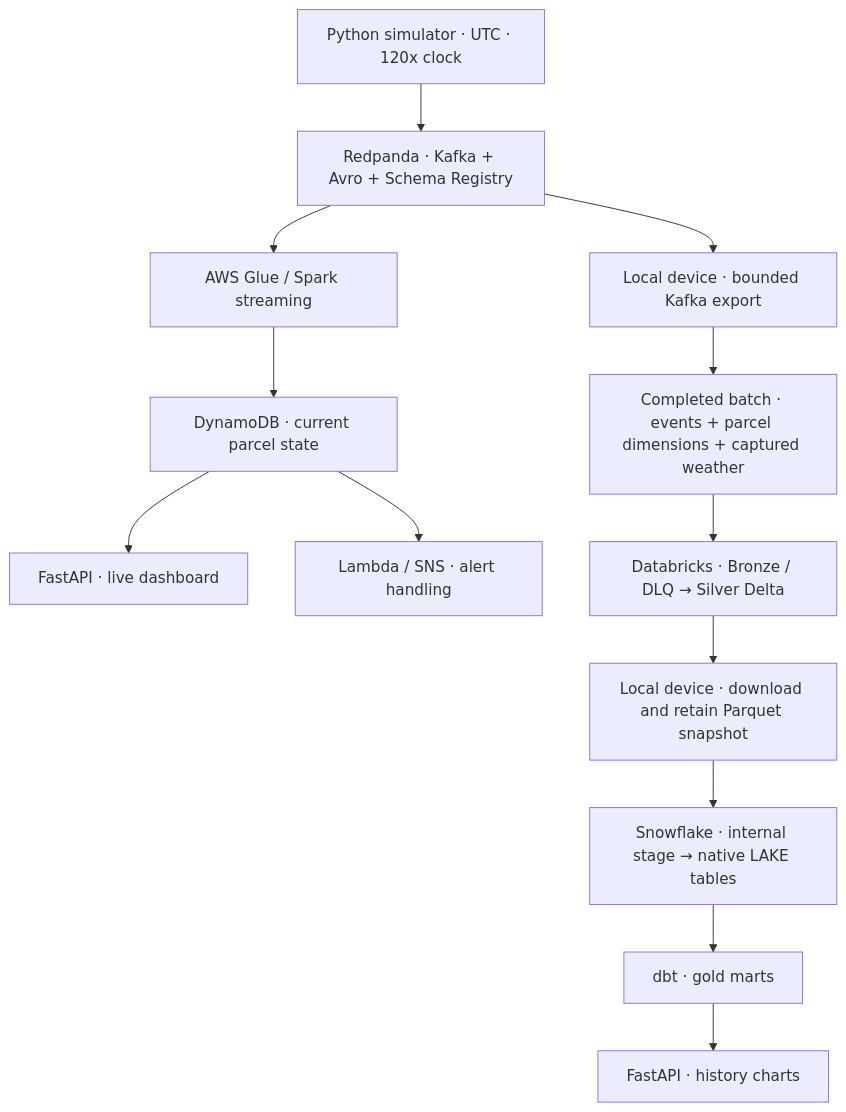
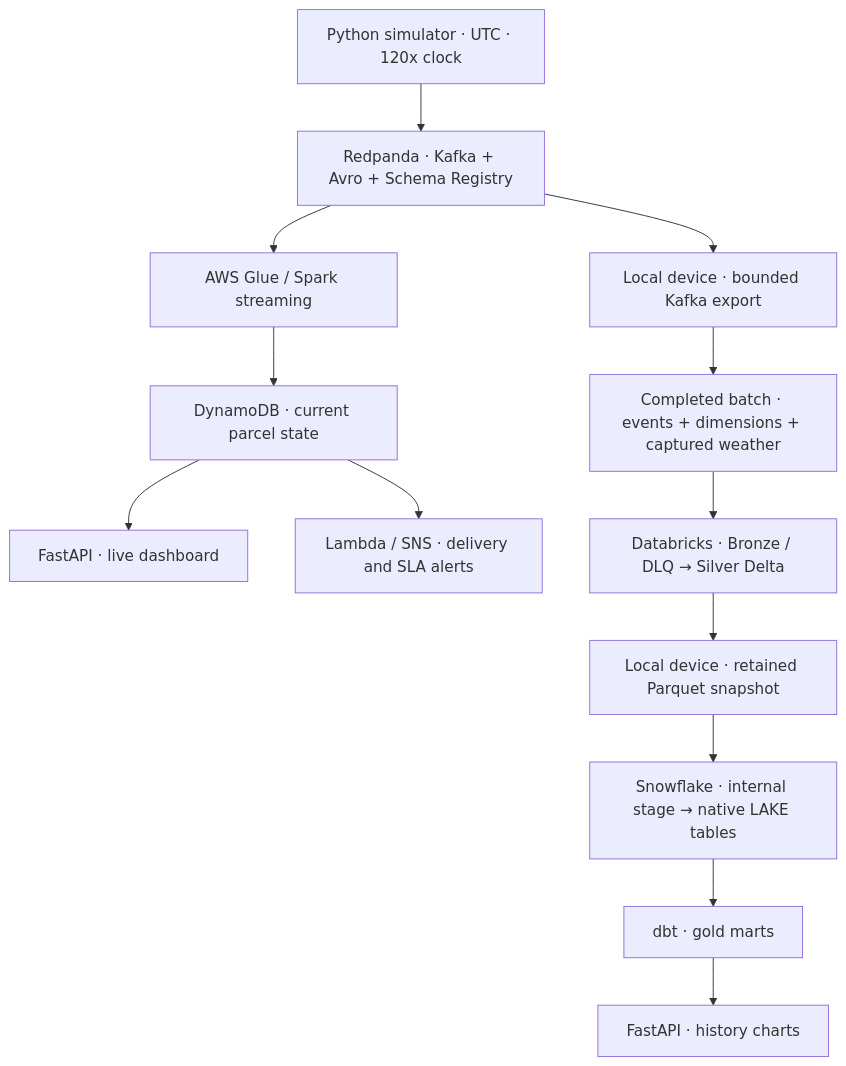
Before and after one commit to getsuga-tenshou/outfordelivery: the diagram in README.md, drawn with Mermaid. The commit also changed other lines of this file and 29 other files, not shown here.

Commit message:
Publish delivery pipeline fixes and daily device scheduling

````diff
--- a/README.md
+++ b/README.md
@@ -13,16 +13,16 @@
 ```mermaid
 flowchart TB
     simulator["Python simulator · UTC · 120x clock"] --> broker["Redpanda · Kafka + Avro + Schema Registry"]
     broker --> glue["AWS Glue / Spark streaming"]
     glue --> dynamo["DynamoDB · current parcel state"]
     dynamo --> live["FastAPI · live dashboard"]
-    dynamo --> alerts["Lambda / SNS · alert handling"]
+    dynamo --> alerts["Lambda / SNS · delivery and SLA alerts"]
 
     broker --> exporter["Local device · bounded Kafka export"]
-    exporter --> batch["Completed batch · events + parcel dimensions + captured weather"]
+    exporter --> batch["Completed batch · events + dimensions + captured weather"]
     batch --> databricks["Databricks · Bronze / DLQ → Silver Delta"]
-    databricks --> parquet["Local device · download and retain Parquet snapshot"]
+    databricks --> parquet["Local device · retained Parquet snapshot"]
     parquet --> snowflake["Snowflake · internal stage → native LAKE tables"]
     snowflake --> dbt["dbt · gold marts"]
     dbt --> history["FastAPI · history charts"]
 ```
````
